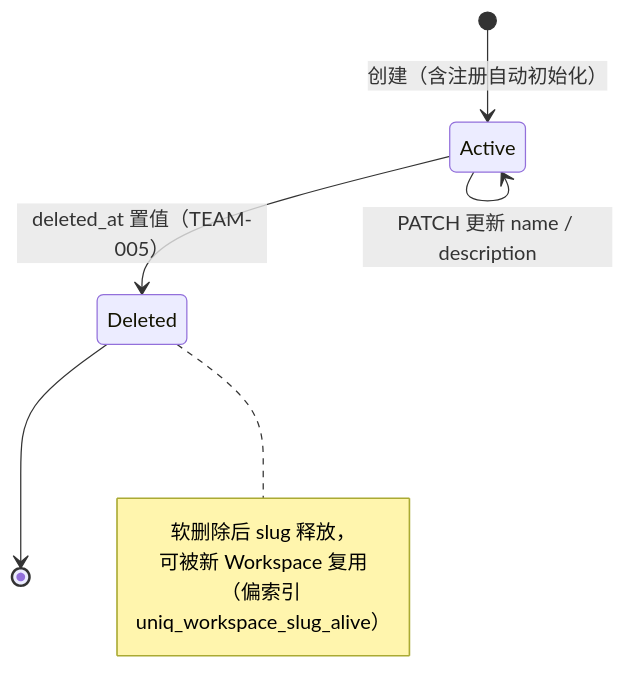
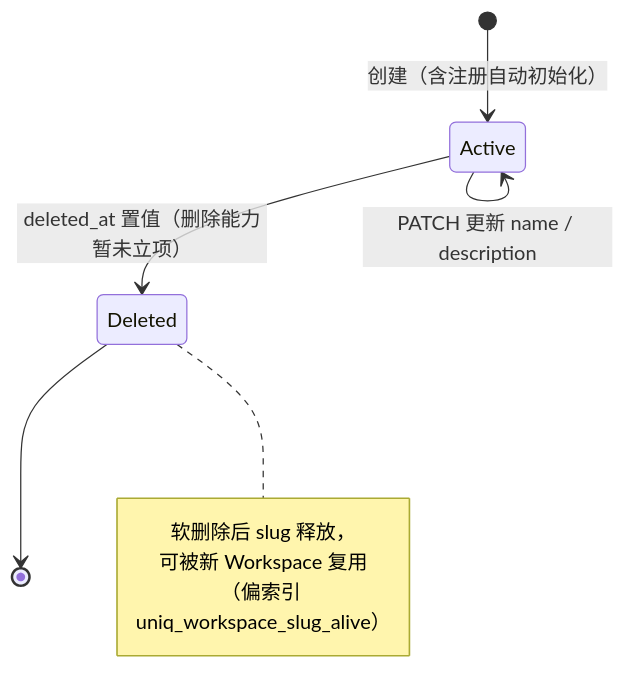
The fourth of 4 diagrams in docs/sprint-0-poc/TEAM-001-team-crud.md (RabbitAI-Lab/RabbitProjects), drawn with Mermaid before and after one commit. The commit also changed other lines of this file and 86 other files, not shown here.

````diff
--- a/docs/sprint-0-poc/TEAM-001-team-crud.md
+++ b/docs/sprint-0-poc/TEAM-001-team-crud.md
@@ -228,12 +232,12 @@
 ```mermaid
 stateDiagram-v2
     [*] --> Active: 创建（含注册自动初始化）
     Active --> Active: PATCH 更新 name / description
-    Active --> Deleted: deleted_at 置值（TEAM-005）
+    Active --> Deleted: deleted_at 置值（删除能力暂未立项）
     Deleted --> [*]
     note right of Deleted
         软删除后 slug 释放，
         可被新 Workspace 复用
         （偏索引 uniq_workspace_slug_alive）
     end note
 ```
````
